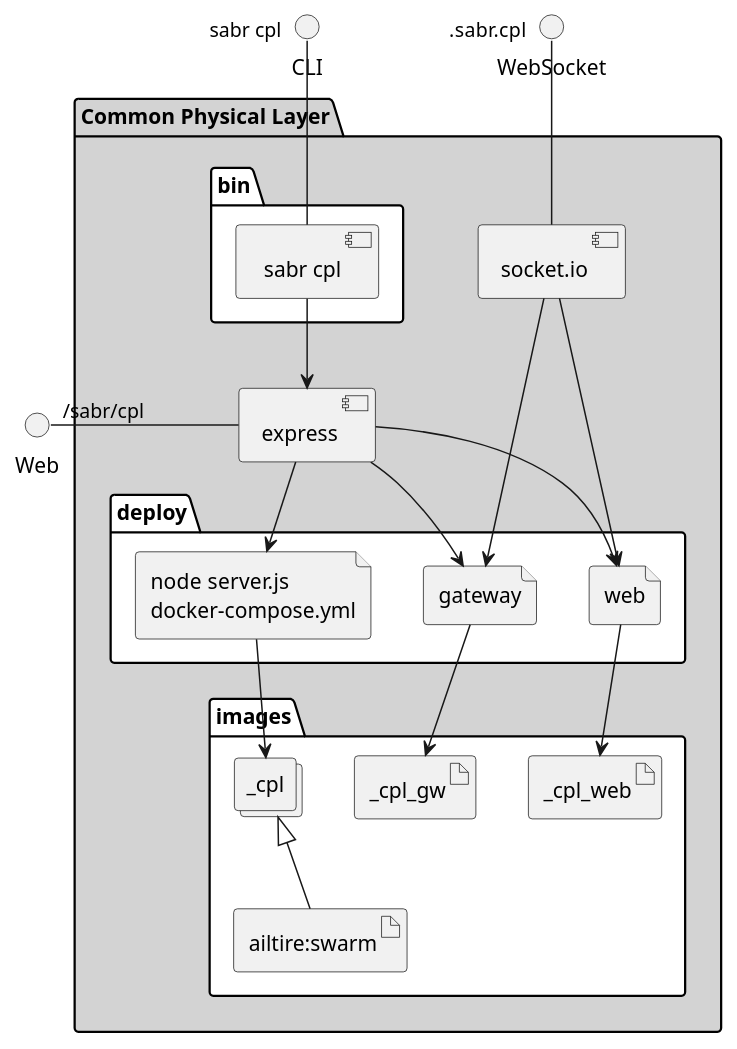
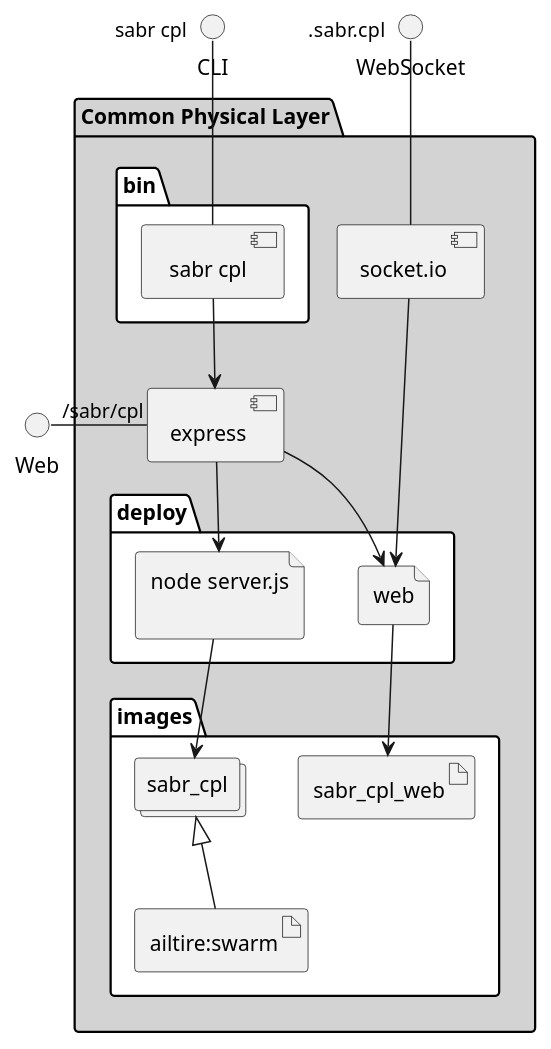
Before and after one commit to madajaju/sabr: the diagram in docs/sabr/cpl/envs/prod/physical.puml, drawn with PlantUML. The commit also changed 484 other files, not shown here.

```diff
--- a/docs/sabr/cpl/envs/prod/physical.puml
+++ b/docs/sabr/cpl/envs/prod/physical.puml
@@ -1,46 +1,39 @@
 @startuml
   interface CLI
   interface Web
   interface WebSocket
 package "Common Physical Layer" #lightgray {
   component express as REST
   component socket.io as socket
   folder bin #ffffff {
     component " sabr cpl" as binName
   }
   binName --> REST
 
   folder deploy #ffffff {
-      file "node server.js\ndocker-compose.yml" as _cpl_container
-      REST --> _cpl_container
+      file "node server.js\n" as sabr_cpl_container
+      REST --> sabr_cpl_container
 
   
     file "web" as web_container
     REST --> web_container
     socket ---> web_container
   
-    file "gateway" as gateway_container
-    REST --> gateway_container
-    socket ---> gateway_container
-  
   }
   folder images #ffffff {
-    collections "_cpl" as _cplimage
+    collections "sabr_cpl" as sabr_cplimage
     artifact "ailtire:swarm" as ailtireswarm
-    _cplimage <|-- ailtireswarm
-    _cpl_container --> _cplimage
+    sabr_cplimage <|-- ailtireswarm
+    sabr_cpl_container --> sabr_cplimage
 
   
-      artifact "_cpl_web" as _cpl_web
-      web_container --> _cpl_web
-    
-      artifact "_cpl_gw" as _cpl_gw
-      gateway_container --> _cpl_gw
+      artifact "sabr_cpl_web" as sabr_cpl_web
+      web_container --> sabr_cpl_web
     
   }
 }
 CLI " sabr cpl" -- binName
 Web "/sabr/cpl" - REST
 WebSocket ".sabr.cpl" -- socket
 
 @enduml
```
